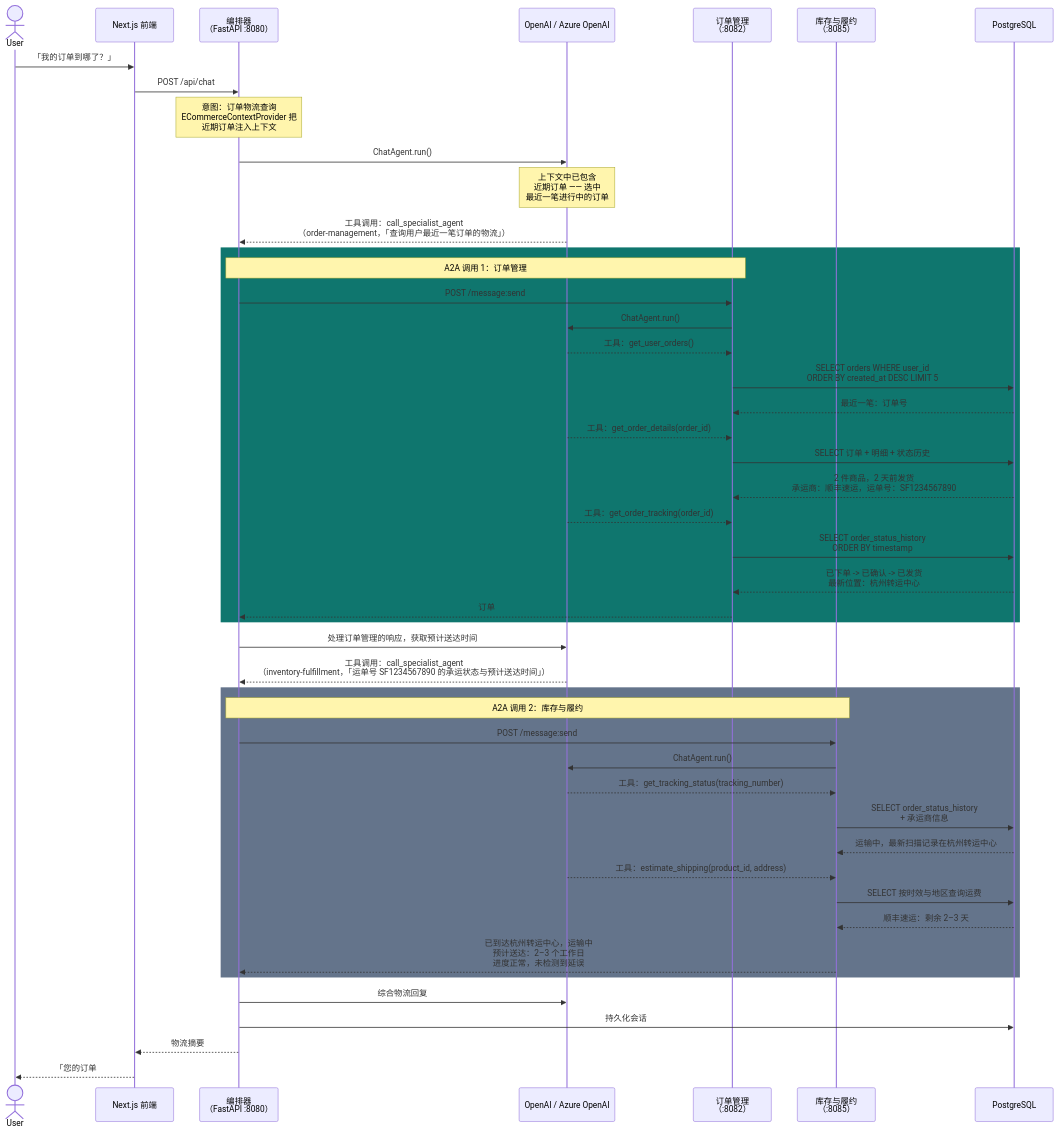
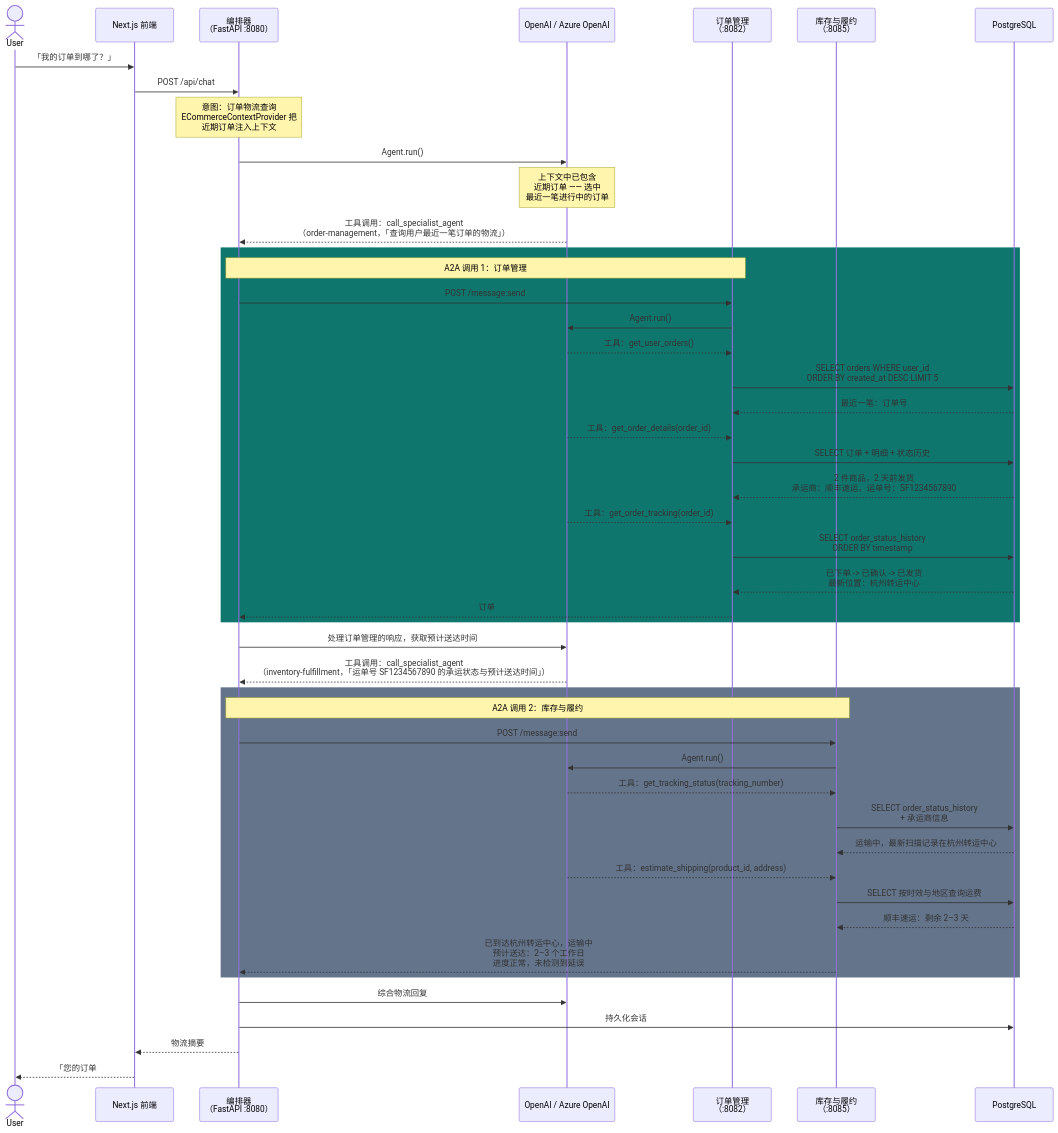
The third of 5 diagrams in docs/agent-flows.md (s1encisi/reliable-commerce-agents), drawn with Mermaid before and after one commit. The commit also changed other lines of this file and 144 other files, not shown here.

````diff
--- a/docs/agent-flows.md
+++ b/docs/agent-flows.md
@@ -202,56 +149,56 @@
 ```mermaid
 sequenceDiagram
     actor User
     participant FE as Next.js 前端
     participant ORCH as 编排器<br/>（FastAPI :8080）
     participant LLM as OpenAI / Azure OpenAI
     participant OM as 订单管理<br/>（:8082）
     participant IF as 库存与履约<br/>（:8085）
     participant DB as PostgreSQL
 
     User->>FE: 「我的订单到哪了？」
     FE->>ORCH: POST /api/chat
 
     Note over ORCH: 意图：订单物流查询<br/>ECommerceContextProvider 把<br/>近期订单注入上下文
 
-    ORCH->>LLM: ChatAgent.run()
+    ORCH->>LLM: Agent.run()
     Note over LLM: 上下文中已包含<br/>近期订单 —— 选中<br/>最近一笔进行中的订单
     LLM-->>ORCH: 工具调用：call_specialist_agent<br/>（order-management，「查询用户最近一笔订单的物流」）
 
     rect rgb(15, 118, 110)
         Note over ORCH,OM: A2A 调用 1：订单管理
         ORCH->>OM: POST /message:send
-        OM->>LLM: ChatAgent.run()
+        OM->>LLM: Agent.run()
         LLM-->>OM: 工具：get_user_orders()
         OM->>DB: SELECT orders WHERE user_id<br/>ORDER BY created_at DESC LIMIT 5
         DB-->>OM: 最近一笔：订单号 #a1b2c3<br/>状态：已发货，合计：¥149.99
         LLM-->>OM: 工具：get_order_details(order_id)
         OM->>DB: SELECT 订单 + 明细 + 状态历史
         DB-->>OM: 2 件商品，2 天前发货<br/>承运商：顺丰速运，运单号：SF1234567890
         LLM-->>OM: 工具：get_order_tracking(order_id)
         OM->>DB: SELECT order_status_history<br/>ORDER BY timestamp
         DB-->>OM: 已下单 -> 已确认 -> 已发货<br/>最新位置：杭州转运中心
         OM-->>ORCH: 订单 #a1b2c3：已由顺丰速运发出<br/>运单号：SF1234567890<br/>最新轨迹：杭州转运中心（2 天前）
     end
 
     ORCH->>LLM: 处理订单管理的响应，获取预计送达时间
     LLM-->>ORCH: 工具调用：call_specialist_agent<br/>（inventory-fulfillment，「运单号 SF1234567890 的承运状态与预计送达时间」）
 
     rect rgb(100, 116, 139)
         Note over ORCH,IF: A2A 调用 2：库存与履约
         ORCH->>IF: POST /message:send
-        IF->>LLM: ChatAgent.run()
+        IF->>LLM: Agent.run()
         LLM-->>IF: 工具：get_tracking_status(tracking_number)
         IF->>DB: SELECT order_status_history<br/>+ 承运商信息
         DB-->>IF: 运输中，最新扫描记录在杭州转运中心
         LLM-->>IF: 工具：estimate_shipping(product_id, address)
         IF->>DB: SELECT 按时效与地区查询运费
         DB-->>IF: 顺丰速运：剩余 2–3 天
         IF-->>ORCH: 已到达杭州转运中心，运输中<br/>预计送达：2–3 个工作日<br/>进度正常，未检测到延误
     end
 
     ORCH->>LLM: 综合物流回复
     ORCH->>DB: 持久化会话
     ORCH-->>FE: 物流摘要
     FE-->>User: 「您的订单 #a1b2c3（¥149.99）已在路上！<br/>目前由顺丰速运承运，已到达杭州转运中心。<br/>预计送达：4 月 7–8 日。<br/>运单号：SF1234567890」
 ```
````
